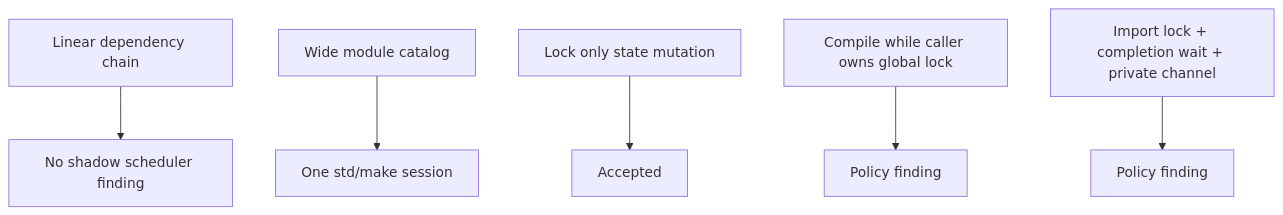
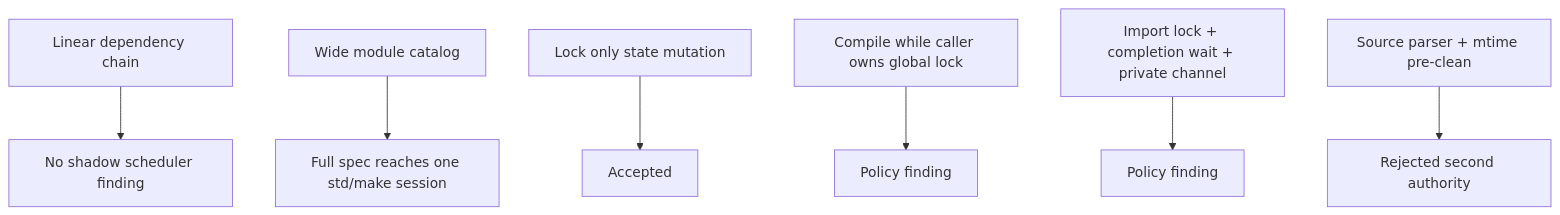
The second of 2 diagrams in docs/30-39-building/31.08-build-graph-performance-policy.org (tao3k/asp-gerbil-scheme), drawn with Mermaid before and after one commit. The commit also changed other lines of this file and 4 other files, not shown here.

Commit message:
build: delegate package graph authority to std make

```diff
--- a/docs/30-39-building/31.08-build-graph-performance-policy.org
+++ b/docs/30-39-building/31.08-build-graph-performance-policy.org
@@ -103,8 +98,9 @@
 #+begin_src mermaid
 flowchart TD
   A["Linear dependency chain"] --> A1["No shadow scheduler finding"]
-  B["Wide module catalog"] --> B1["One std/make session"]
+  B["Wide module catalog"] --> B1["Full spec reaches one std/make session"]
   C["Lock only state mutation"] --> C1["Accepted"]
   D["Compile while caller owns global lock"] --> D1["Policy finding"]
   E["Import lock + completion wait + private channel"] --> E1["Policy finding"]
+  F["Source parser + mtime pre-clean"] --> F1["Rejected second authority"]
 #+end_src
```
